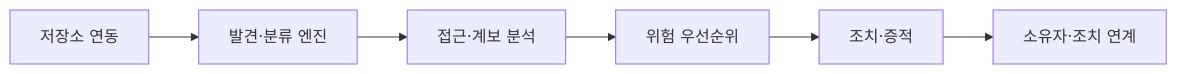
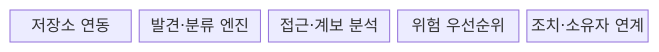
Before and after one commit to agnusdei1207/knowledge-base: the first of 2 diagrams in src/content/docs/notes/05-security/074_dspm.md, drawn with Mermaid. The commit also changed other lines of this file and 8 other files, not shown here.

````diff
--- a/src/content/docs/notes/05-security/074_dspm.md
+++ b/src/content/docs/notes/05-security/074_dspm.md
@@ -62,8 +61,9 @@
 ```mermaid
-flowchart LR
-    A[저장소 연동] --> B[발견·분류 엔진]
-    B --> C[접근·계보 분석]
-    C --> D[위험 우선순위]
-    D --> E[조치·증적]
-    E --> F[소유자·조치 연계]
+block-beta
+  columns 5
+  A["저장소 연동"]
+  B["발견·분류 엔진"]
+  C["접근·계보 분석"]
+  D["위험 우선순위"]
+  E["조치·소유자 연계"]
 ```
````
